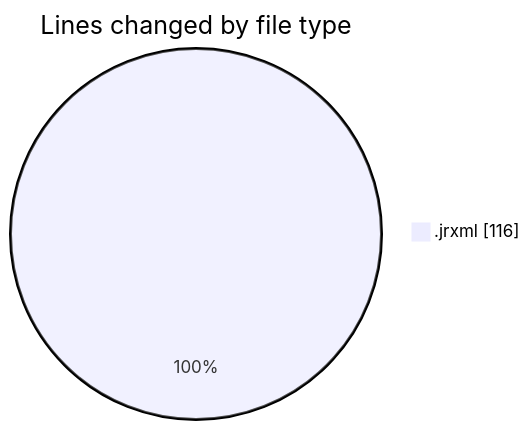
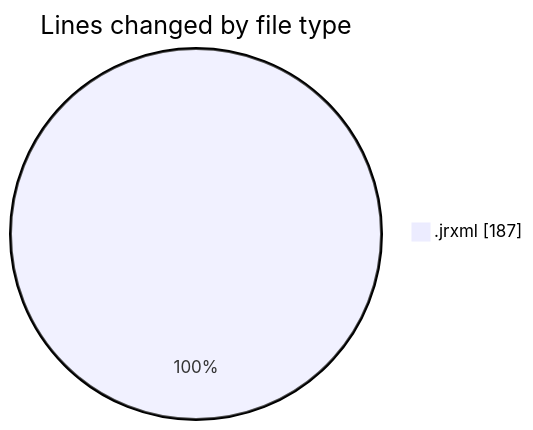
Before and after one commit to ricardozamudiocil/code-tracking: the first of 2 diagrams in 2026-06-29/cilreports__workspace_/README.md, drawn with Mermaid. The commit also changed other lines of this file and 1 other file, not shown here.

````diff
--- a/2026-06-29/cilreports__workspace_/README.md
+++ b/2026-06-29/cilreports__workspace_/README.md
@@ -20,5 +20,5 @@
 ```mermaid
 pie showData
 title Lines changed by file type
-".jrxml" : 116
+".jrxml" : 187
 ```
````
